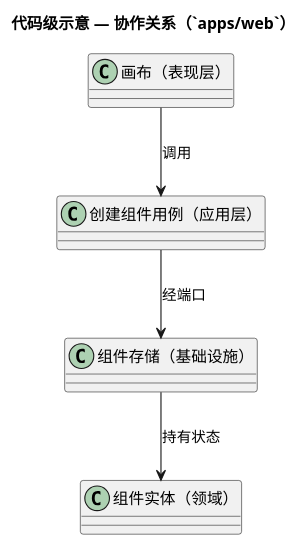
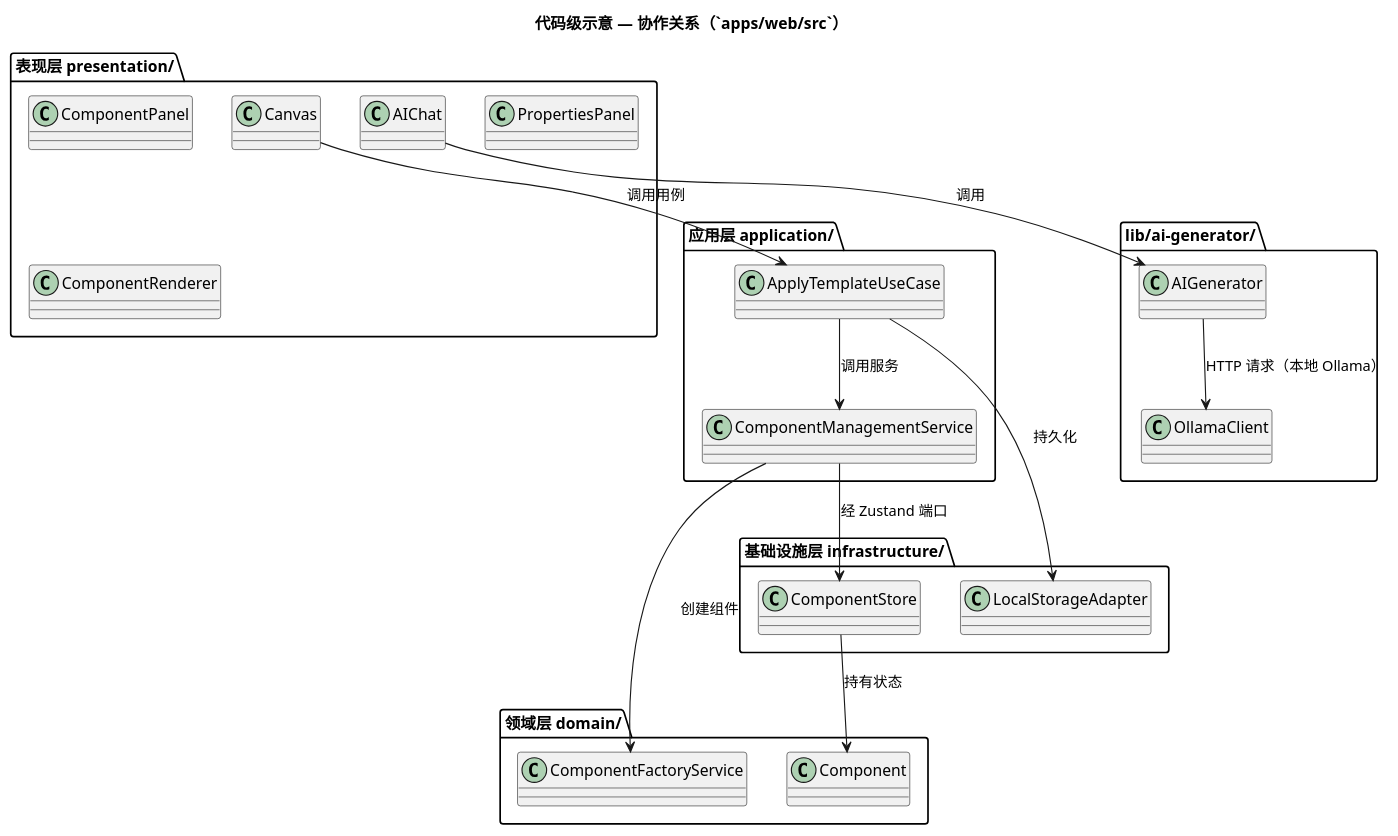
The diagram in docs/zh/architecture/c4/c4-code.puml (felixzhu97/low-code-platform), drawn with PlantUML before and after one commit. The commit also changed 41 other files, not shown here.

```diff
--- a/docs/zh/architecture/c4/c4-code.puml
+++ b/docs/zh/architecture/c4/c4-code.puml
@@ -1,14 +1,42 @@
 @startuml c4-code-felix-zh
 skinparam classAttributeIconSize 0
-title 代码级示意 — 协作关系（`apps/web`）
+title 代码级示意 — 协作关系（`apps/web/src`）
 
-class "画布（表现层）" as Canvas
-class "创建组件用例（应用层）" as UC
-class "组件存储（基础设施）" as Store
-class "组件实体（领域）" as Comp
+package "表现层 presentation/" {
+  class Canvas
+  class ComponentPanel
+  class PropertiesPanel
+  class ComponentRenderer
+  class AIChat
+}
 
-Canvas --> UC : 调用
-UC --> Store : 经端口
+package "应用层 application/" {
+  class "ApplyTemplateUseCase" as UC1
+  class "ComponentManagementService" as CMS
+}
+
+package "基础设施层 infrastructure/" {
+  class "ComponentStore" as Store
+  class "LocalStorageAdapter" as Repo
+}
+
+package "领域层 domain/" {
+  class "Component" as Comp
+  class "ComponentFactoryService" as Factory
+}
+
+package "lib/ai-generator/" {
+  class AIGenerator
+  class OllamaClient
+}
+
+Canvas --> UC1 : 调用用例
+UC1 --> CMS : 调用服务
+CMS --> Store : 经 Zustand 端口
 Store --> Comp : 持有状态
+UC1 --> Repo : 持久化
+CMS --> Factory : 创建组件
+AIChat --> AIGenerator : 调用
+AIGenerator --> OllamaClient : HTTP 请求（本地 Ollama）
 
 @enduml
```
